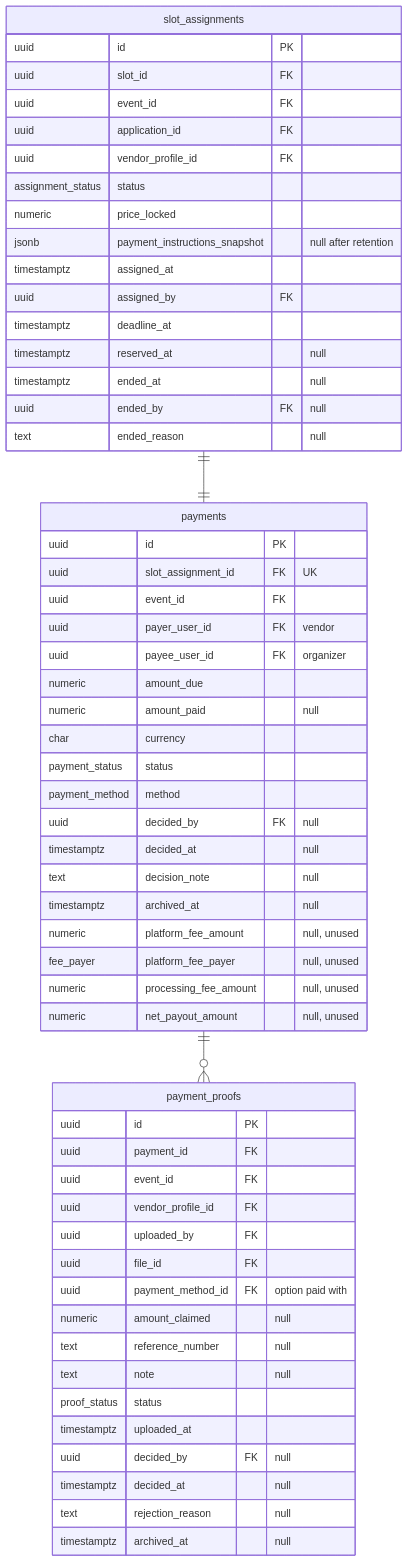
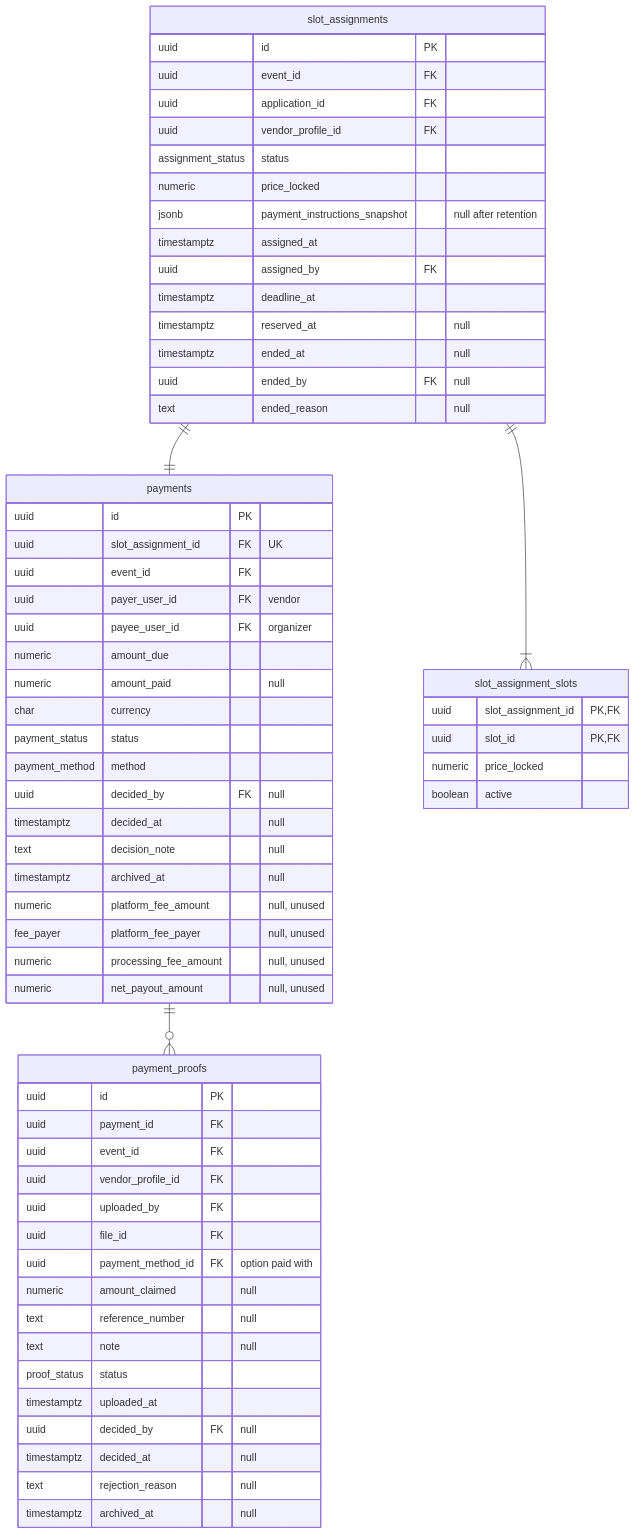
One commit to Aycees/Creavent changed the sixth of 6 diagrams in docs/data-model.md. Above: the diagram before and after it, drawn with Mermaid. The commit also changed other lines of this file and 62 other files, not shown here.

````diff
--- a/docs/data-model.md
+++ b/docs/data-model.md
@@ -604,60 +609,66 @@
 ```mermaid
 erDiagram
     slot_assignments {
         uuid id PK
-        uuid slot_id FK
         uuid event_id FK
         uuid application_id FK
         uuid vendor_profile_id FK
         assignment_status status
         numeric price_locked
         jsonb payment_instructions_snapshot "null after retention"
         timestamptz assigned_at
         uuid assigned_by FK
         timestamptz deadline_at
         timestamptz reserved_at "null"
         timestamptz ended_at "null"
         uuid ended_by FK "null"
         text ended_reason "null"
     }
     payments {
         uuid id PK
         uuid slot_assignment_id FK "UK"
         uuid event_id FK
         uuid payer_user_id FK "vendor"
         uuid payee_user_id FK "organizer"
         numeric amount_due
         numeric amount_paid "null"
         char currency
         payment_status status
         payment_method method
         uuid decided_by FK "null"
         timestamptz decided_at "null"
         text decision_note "null"
         timestamptz archived_at "null"
         numeric platform_fee_amount "null, unused"
         fee_payer platform_fee_payer "null, unused"
         numeric processing_fee_amount "null, unused"
         numeric net_payout_amount "null, unused"
     }
     payment_proofs {
         uuid id PK
         uuid payment_id FK
         uuid event_id FK
         uuid vendor_profile_id FK
         uuid uploaded_by FK
         uuid file_id FK
         uuid payment_method_id FK "option paid with"
         numeric amount_claimed "null"
         text reference_number "null"
         text note "null"
         proof_status status
         timestamptz uploaded_at
         uuid decided_by FK "null"
         timestamptz decided_at "null"
         text rejection_reason "null"
         timestamptz archived_at "null"
     }
+    slot_assignment_slots {
+        uuid slot_assignment_id PK,FK
+        uuid slot_id PK,FK
+        numeric price_locked
+        boolean active
+    }
+    slot_assignments ||--|{ slot_assignment_slots : ""
     slot_assignments ||--|| payments : ""
     payments ||--o{ payment_proofs : ""
 ```
````
